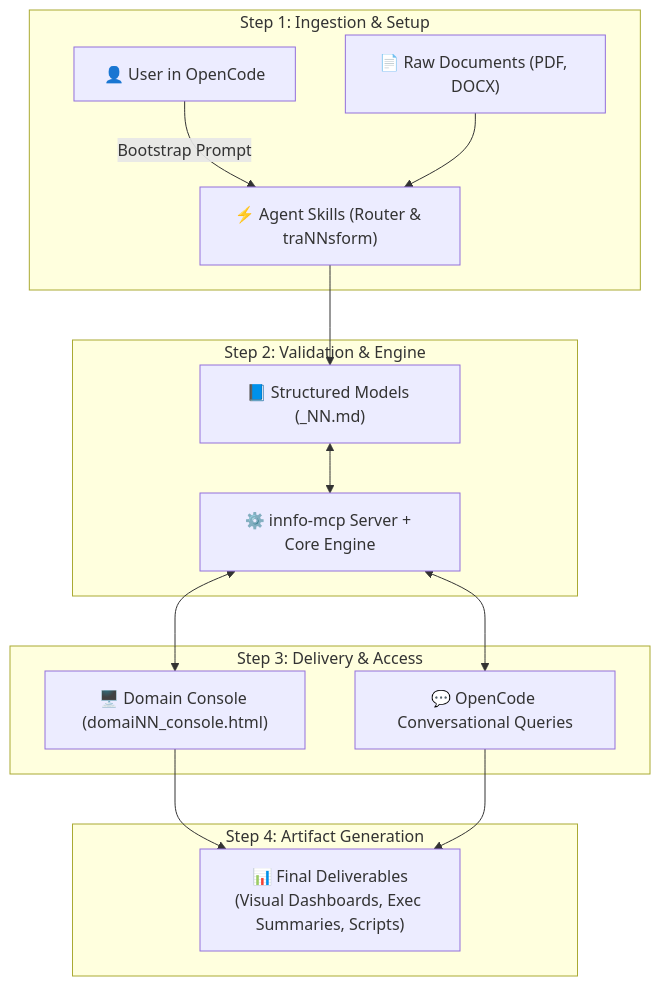
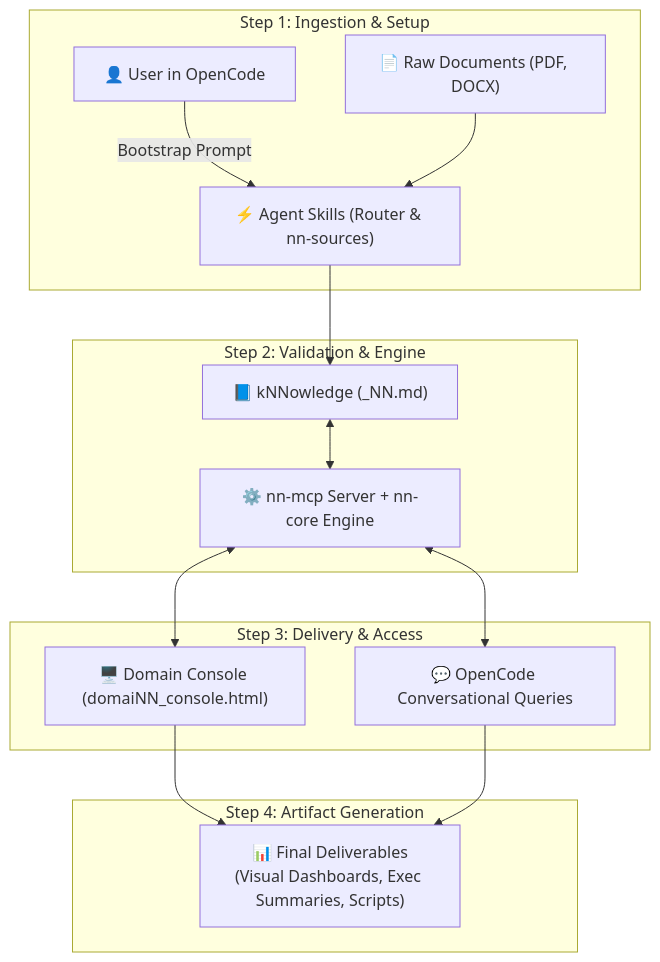
One commit to cogNNitive/cogNNitive changed the diagram in docs/skills/index.md. Above: the diagram before and after it, drawn with Mermaid. The commit also changed other lines of this file and 108 other files, not shown here.

Commit message:
docs: synchronize documentation tree with current iNNfo v0.5.0 architecture

````diff
--- a/docs/skills/index.md
+++ b/docs/skills/index.md
@@ -28,21 +28,21 @@
 ```mermaid
 flowchart TD
     subgraph Step1["Step 1: Ingestion & Setup"]
-        U["👤 User in OpenCode"] -->|Bootstrap Prompt| Router["⚡ Agent Skills (Router & traNNsform)"]
+        U["👤 User in OpenCode"] -->|Bootstrap Prompt| Router["⚡ Agent Skills (Router & nn-sources)"]
         RawDocs["📄 Raw Documents (PDF, DOCX)"] --> Router
     end
 
     subgraph Step2["Step 2: Validation & Engine"]
-        Router --> Models["📘 Structured Models (_NN.md)"]
-        Models <--> MCP["⚙️ innfo-mcp Server + Core Engine"]
+        Router --> Knowledge["📘 kNNowledge (_NN.md)"]
+        Knowledge <--> MCP["⚙️ nn-mcp Server + nn-core Engine"]
     end
 
     subgraph Step3["Step 3: Delivery & Access"]
         MCP <--> Console["🖥️ Domain Console (domaiNN_console.html)"]
         MCP <--> AgentChat["💬 OpenCode Conversational Queries"]
     end
 
     subgraph Step4["Step 4: Artifact Generation"]
         Console & AgentChat --> Artifacts["📊 Final Deliverables\n(Visual Dashboards, Exec Summaries, Scripts)"]
     end
 ```
````
